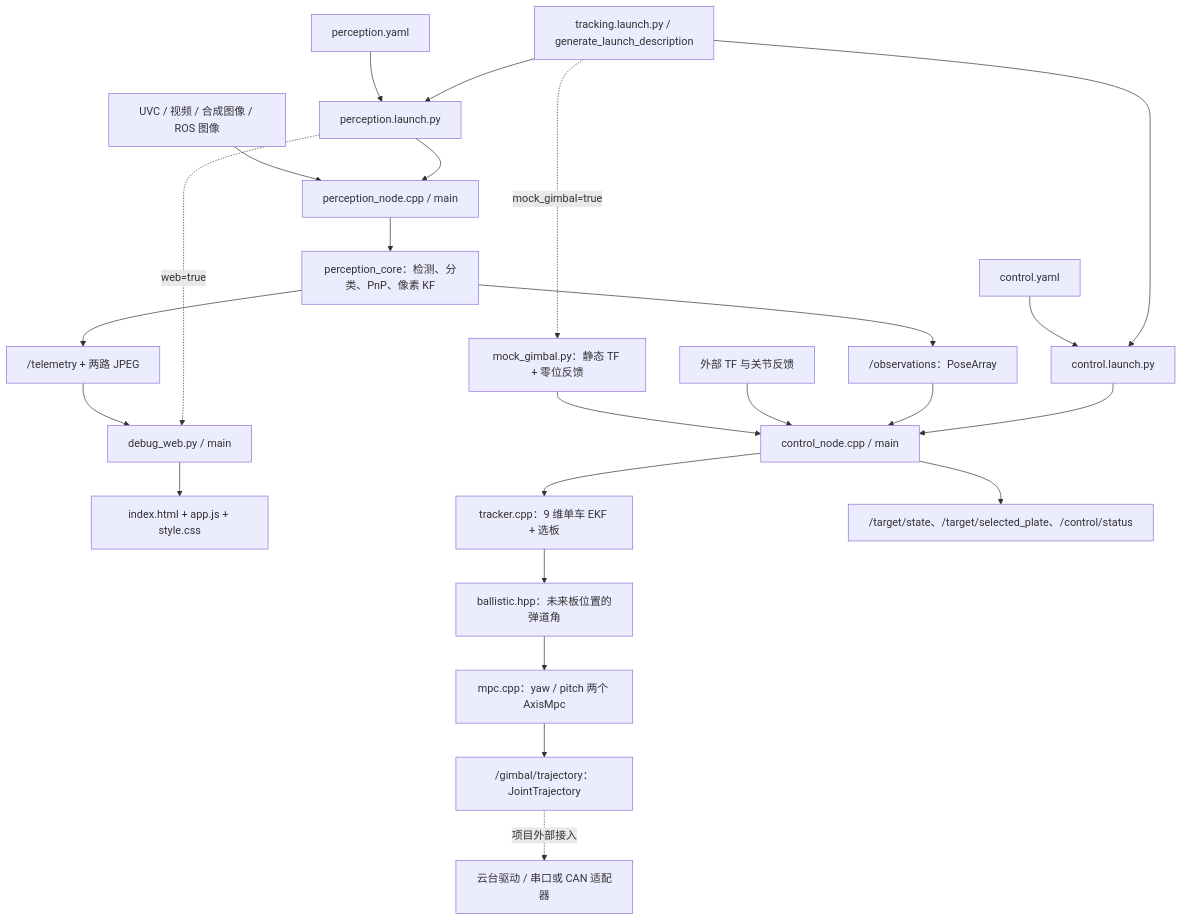
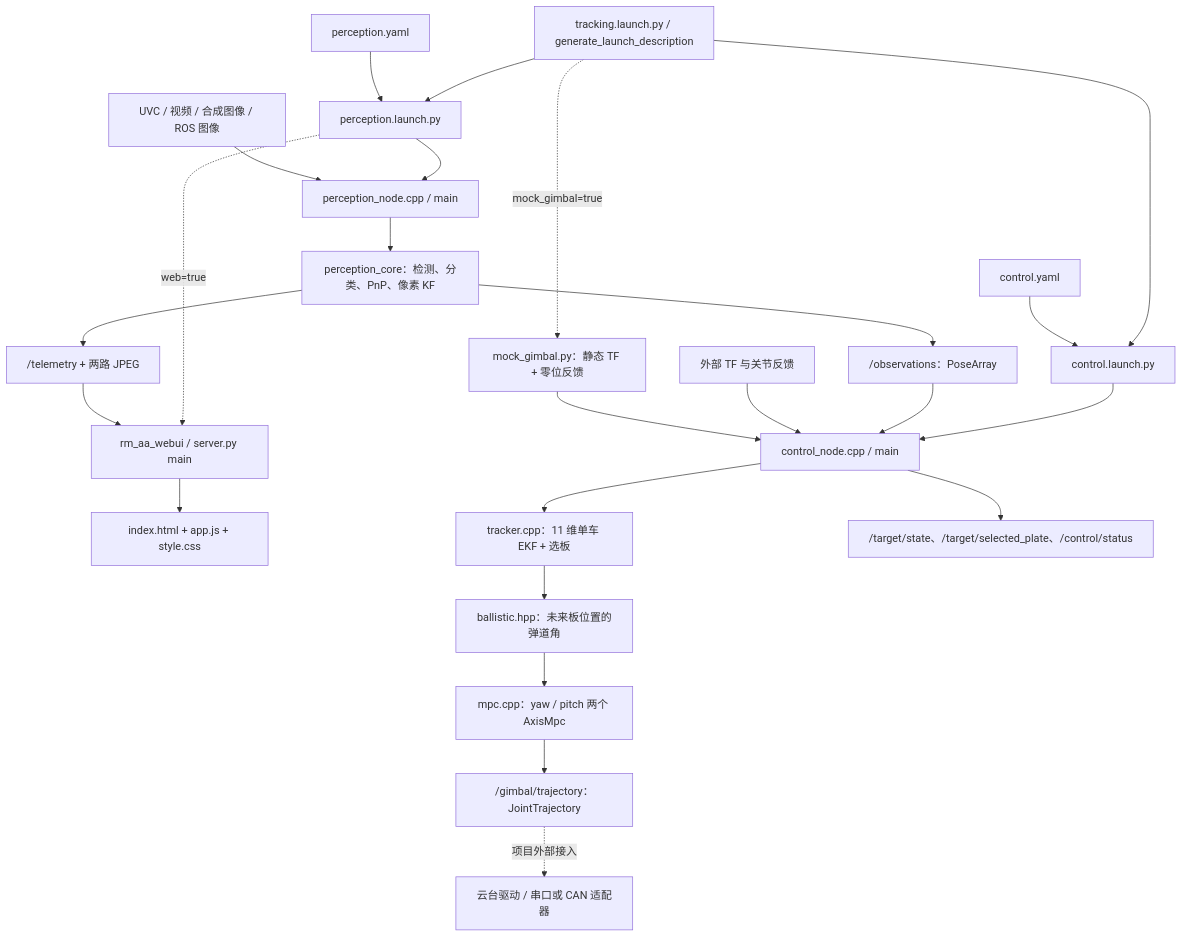
The first of 13 diagrams in docs/current_pipeline_analysis.md (KrazyKavier123/RM_AA_TEST), drawn with Mermaid before and after one commit. The commit also changed other lines of this file and 87 other files, not shown here.

````diff
--- a/docs/current_pipeline_analysis.md
+++ b/docs/current_pipeline_analysis.md
@@ -17,25 +20,25 @@
 ```mermaid
 flowchart TB
   Launch["tracking.launch.py / generate_launch_description"] --> PL["perception.launch.py"]
   Launch --> CL["control.launch.py"]
   Launch -. "mock_gimbal=true" .-> Mock["mock_gimbal.py：静态 TF + 零位反馈"]
   PC["perception.yaml"] --> PL
   CC["control.yaml"] --> CL
   PL --> PN["perception_node.cpp / main"]
-  PL -. "web=true" .-> Web["debug_web.py / main"]
+  PL -. "web=true" .-> Web["rm_aa_webui / server.py main"]
   Camera["UVC / 视频 / 合成图像 / ROS 图像"] --> PN
   PN --> Core["perception_core：检测、分类、PnP、像素 KF"]
   Core --> Obs["/observations：PoseArray"]
   Core --> Debug["/telemetry + 两路 JPEG"]
   Debug --> Web --> Browser["index.html + app.js + style.css"]
   CL --> CN["control_node.cpp / main"]
   Obs --> CN
   TF["外部 TF 与关节反馈"] --> CN
   Mock --> CN
-  CN --> EKF["tracker.cpp：9 维单车 EKF + 选板"]
+  CN --> EKF["tracker.cpp：11 维单车 EKF + 选板"]
   EKF --> Aim["ballistic.hpp：未来板位置的弹道角"]
   Aim --> MPC["mpc.cpp：yaw / pitch 两个 AxisMpc"]
   MPC --> Out["/gimbal/trajectory：JointTrajectory"]
   Out -. "项目外部接入" .-> Driver["云台驱动 / 串口或 CAN 适配器"]
   CN --> Diagnostics["/target/state、/target/selected_plate、/control/status"]
 ```
````
